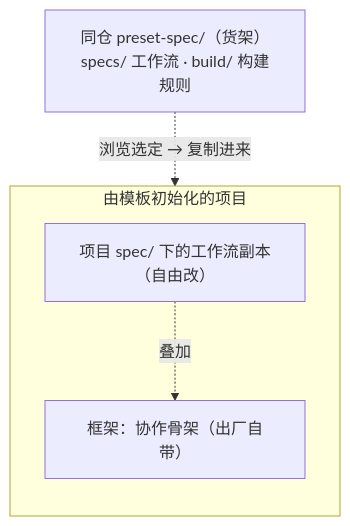
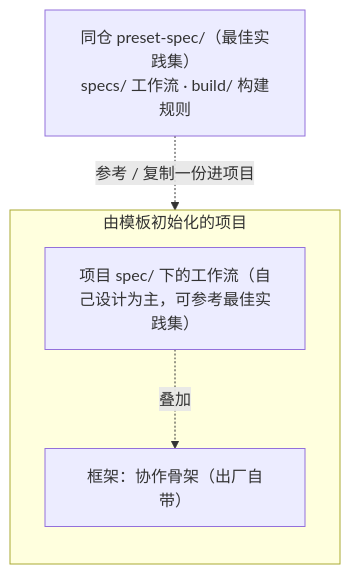
One commit to The-Daybreaker/project-spec changed the diagram in preset-spec/README.md. Above: the diagram before and after it, drawn with Mermaid. The commit also changed other lines of this file and 11 other files, not shown here.

First line of the commit message:
docs: preset-spec 定位为最佳实践集 + 审计收尾 + spec 设计方法论

````diff
--- a/preset-spec/README.md
+++ b/preset-spec/README.md
@@ -10,11 +10,11 @@
 ```mermaid
 flowchart TB
-  SHELF["同仓 preset-spec/（货架）<br/>specs/ 工作流 · build/ 构建规则"]
+  SHELF["同仓 preset-spec/（最佳实践集）<br/>specs/ 工作流 · build/ 构建规则"]
   subgraph PROJ["由模板初始化的项目"]
     direction TB
-    SPEC["项目 spec/ 下的工作流副本（自由改）"]
+    SPEC["项目 spec/ 下的工作流（自己设计为主，可参考最佳实践集）"]
     FRAME["框架：协作骨架（出厂自带）"]
     SPEC -. "叠加" .-> FRAME
   end
-  SHELF -. "浏览选定 → 复制进来" .-> SPEC
+  SHELF -. "参考 / 复制一份进项目" .-> SPEC
 ```
````
